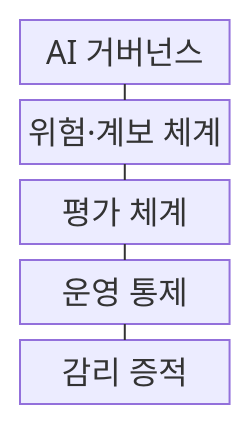
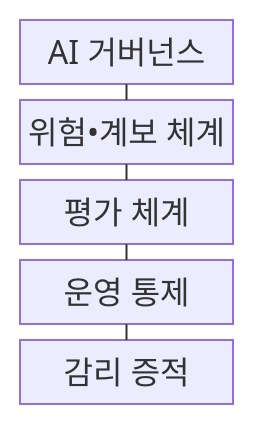
One commit to agnusdei1207/knowledge-base changed the first of 2 diagrams in src/content/docs/notes/03-software/228_ai_software_audit.md. Above: the diagram before and after it, drawn with Mermaid. The commit also changed other lines of this file and 953 other files, not shown here.

````diff
--- a/src/content/docs/notes/03-software/228_ai_software_audit.md
+++ b/src/content/docs/notes/03-software/228_ai_software_audit.md
@@ -68,13 +68,13 @@
 ```mermaid
 block-beta
     columns 1
     A["AI 거버넌스"]
-    B["위험·계보 체계"]
+    B["위험•계보 체계"]
     C["평가 체계"]
     D["운영 통제"]
     E["감리 증적"]
     A --- B
     B --- C
     C --- D
     D --- E
 ```
````
